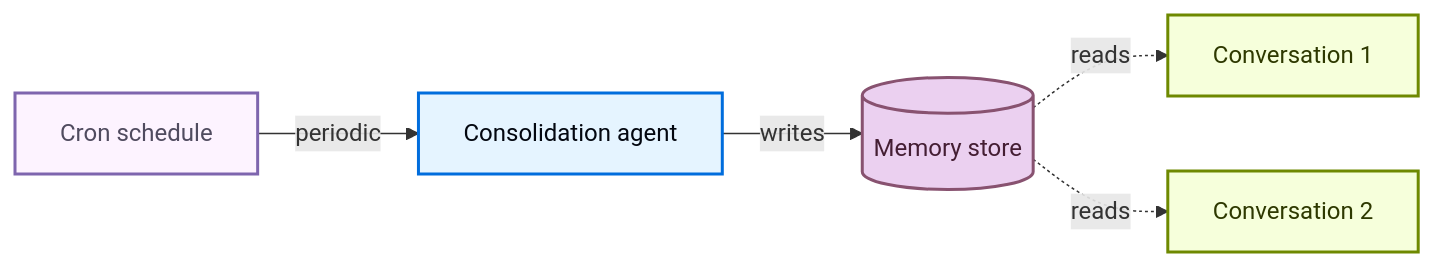
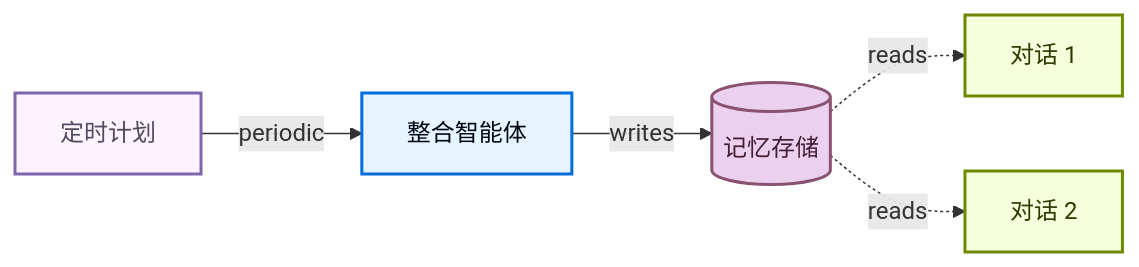
The diagram in oss/javascript/deepagents/memory.mdx (CodeFly16/langchain-cn-doc), drawn with Mermaid before and after one commit. The commit also changed other lines of this file and 106 other files, not shown here.

````diff
--- a/oss/javascript/deepagents/memory.mdx
+++ b/oss/javascript/deepagents/memory.mdx
@@ -441,17 +440,17 @@
 ```mermaid
 graph LR
-    Store[(Memory store)] -.->|reads| Conv1[Conversation 1]
-    Store -.->|reads| Conv2[Conversation 2]
-    Cron[Cron schedule] -->|periodic| Agent[Consolidation agent]
+    Store[(记忆存储)] -.->|reads| Conv1[对话 1]
+    Store -.->|reads| Conv2[对话 2]
+    Cron[定时计划] -->|periodic| Agent[整合智能体]
     Agent -->|writes| Store
 
     classDef trigger fill:#F6FFDB,stroke:#6E8900,stroke-width:2px,color:#2E3900
     classDef process fill:#E5F4FF,stroke:#006DDD,stroke-width:2px,color:#030710
     classDef output fill:#EBD0F0,stroke:#885270,stroke-width:2px,color:#441E33
     classDef schedule fill:#FDF3FF,stroke:#7E65AE,stroke-width:2px,color:#504B5F
 
     class Conv1,Conv2 trigger
     class Agent process
     class Store output
     class Cron schedule
 ```
````
